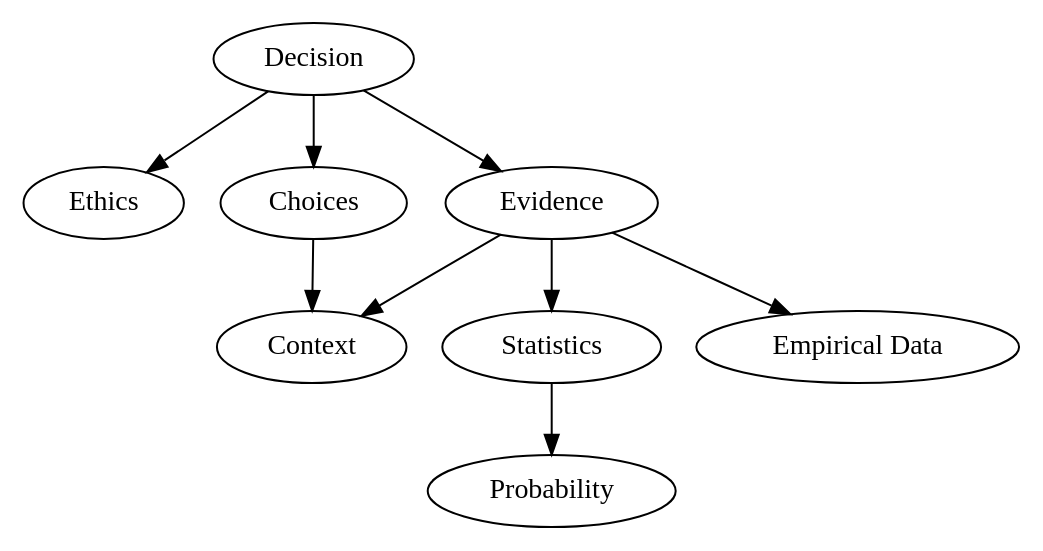
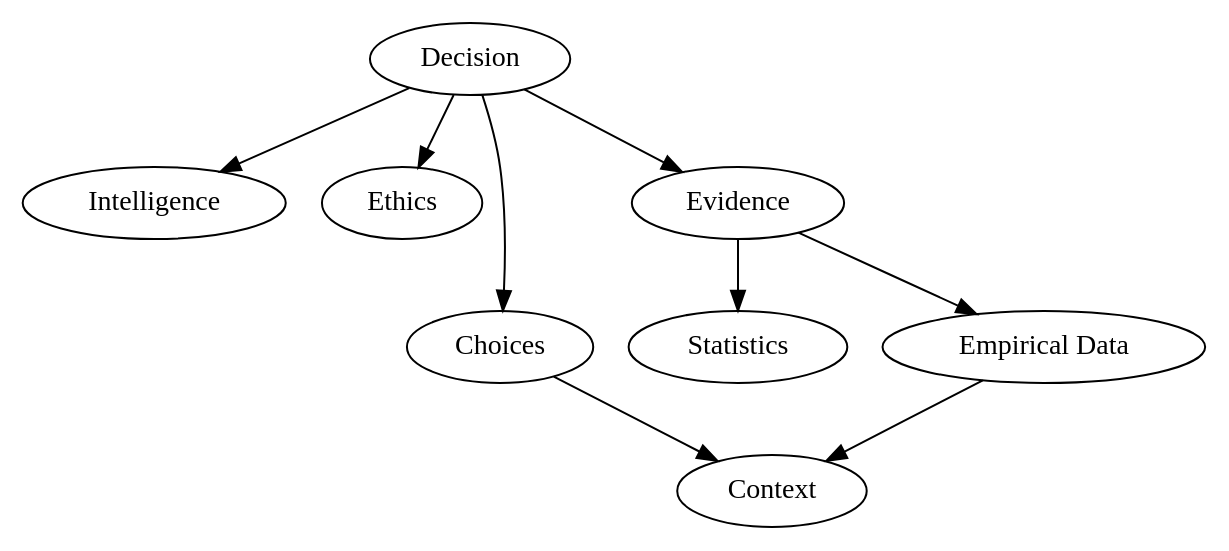
Before and after one commit to freeman42x/formalize-all-the-things: the diagram in Concepts/Abstract.dot, drawn with Graphviz.

```diff
--- a/Concepts/Abstract.dot
+++ b/Concepts/Abstract.dot
@@ -1,59 +1,67 @@
 digraph G {
+
+  rankdir=TB;
 
   /*
     TODO
     A weird concept related to freedom
     that humans think they can do
 
-    Any agent that can
-      make optimal decisions in relation to its goals
-    is undistinguishable from a maximally intelligent agent
-
     Decision ties into Systems Theory concepts
     could use to more easily explain it
   */
   "Decision";
+
+  /*
+  
+    Intelligence is a metric that measures the capability of an agent
+    to make optimal decisions in relation to its goals
+  
+  */
+  "Intelligence" [weight=1];
 
   /*
     Decision making constraint
     that optimizes for good (<- TODO) of systems of agents
   */
   "Ethics" [weight=1];
 
   // All possible decisions you could make in current context
   "Choices" [weight=1];
 
-  // information that comes from context
+  // Evidence or NonEvidence are Inputs
+
+  // Information that comes from context
   "Evidence" [weight=1];
+
+  "Decision" -> "Intelligence";
+
+  "Decision" -> "Ethics";
+
+  "Decision" -> "Choices";
+
+  "Decision" -> "Evidence";
 
   /*
     TODO context needs to be abstracted away from the Laws of Physics
     -- the semantics need to function in any type of reality irregardless of physics
     -- senses - inputs (consciousness O.O)
     -- example contexts:
         - being somewhere in physical reality
         - virtual context - being an agent inside of a virtual world like a game
         - simulation context - we ourselves could be in a simulation
                             - mostly irrelevant for daily lives but fu -}
   {-  spacetime coordinate
       - 3D location
       - time             -}
   */
   "Context";
 
-  "Decision" -> "Choices";
-
-  "Decision" -> "Ethics";
-
-  "Decision" -> "Evidence";
-
-  "Evidence" -> "Context";
-
   "Choices" -> "Context";
 
   "Evidence" -> "Statistics";
 
   "Evidence" -> "Empirical Data";
 
-  "Statistics" -> "Probability";
+  "Empirical Data" -> "Context";
 }
```
